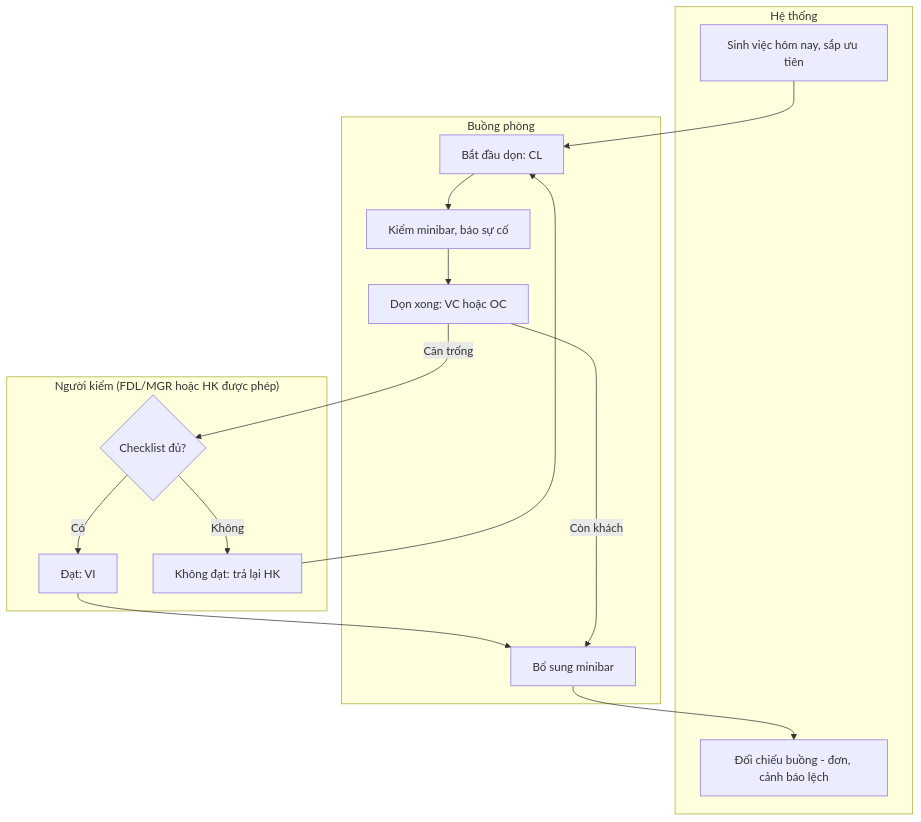
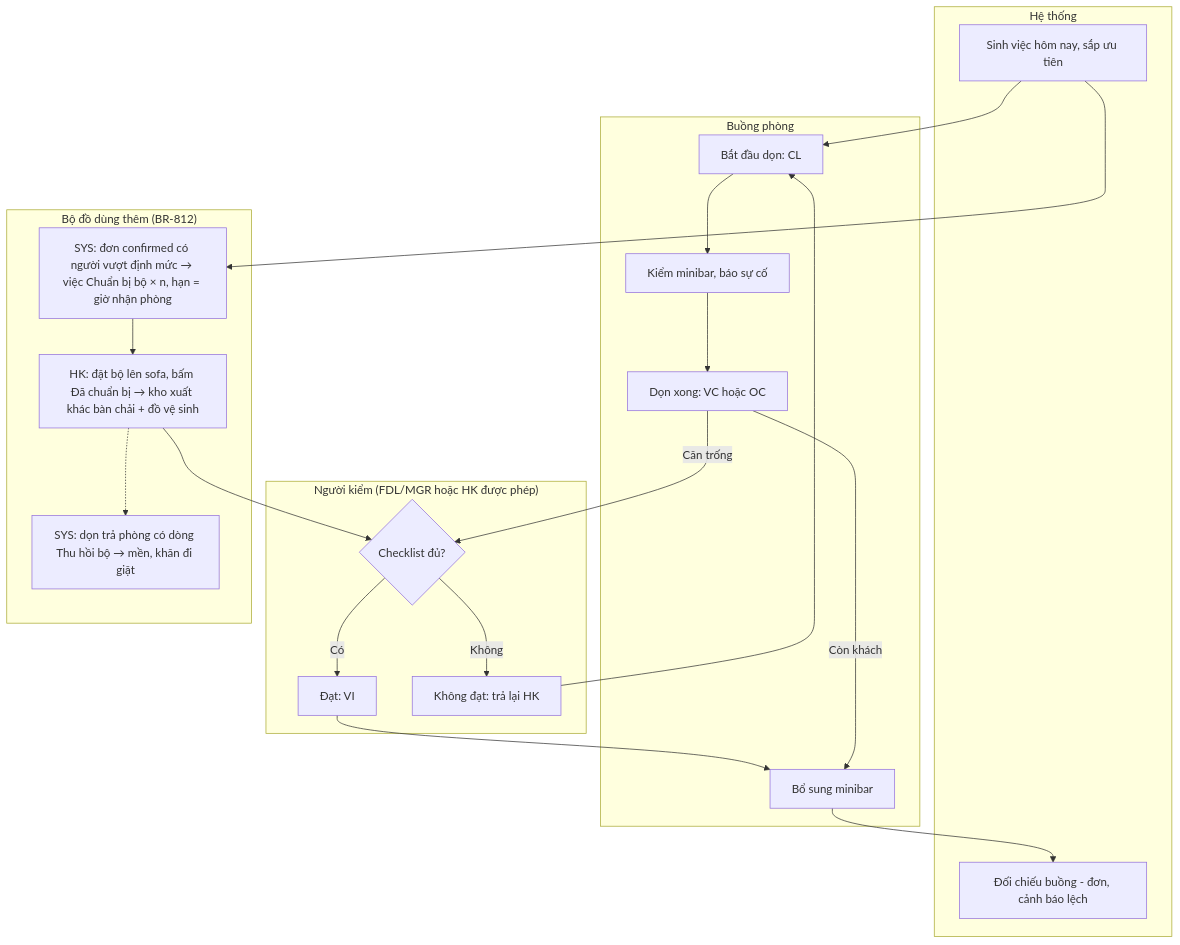
Before and after one commit to anhvh93-tech/ottimo-hotel-app-public: the seventh of 12 diagrams in product/docs/business-processes.md, drawn with Mermaid. The commit also changed other lines of this file and 5 other files, not shown here.

````diff
--- a/product/docs/business-processes.md
+++ b/product/docs/business-processes.md
@@ -506,24 +509,31 @@
 ```mermaid
 flowchart TB
   subgraph SYS["Hệ thống"]
     Y1["Sinh việc hôm nay, sắp ưu tiên"]
     Y2["Đối chiếu buồng - đơn, cảnh báo lệch"]
   end
   subgraph HK["Buồng phòng"]
     H1["Bắt đầu dọn: CL"]
     H2["Kiểm minibar, báo sự cố"]
     H3["Dọn xong: VC hoặc OC"]
     H4["Bổ sung minibar"]
   end
   subgraph CHK["Người kiểm (FDL/MGR hoặc HK được phép)"]
     C1{"Checklist đủ?"}
     C2["Đạt: VI"]
     C3["Không đạt: trả lại HK"]
   end
+  subgraph KIT["Bộ đồ dùng thêm (BR-812)"]
+    K1["SYS: đơn confirmed có người vượt định mức → việc Chuẩn bị bộ × n, hạn = giờ nhận phòng"]
+    K2["HK: đặt bộ lên sofa, bấm Đã chuẩn bị → kho xuất khác bàn chải + đồ vệ sinh"]
+    K3["SYS: dọn trả phòng có dòng Thu hồi bộ → mền, khăn đi giặt"]
+  end
   Y1 --> H1 --> H2 --> H3
+  Y1 --> K1 --> K2 --> C1
+  K2 -.-> K3
   H3 -- "Căn trống" --> C1
   C1 -- "Có" --> C2 --> H4
   C1 -- "Không" --> C3 --> H1
   H3 -- "Còn khách" --> H4
   H4 --> Y2
 ```
````
